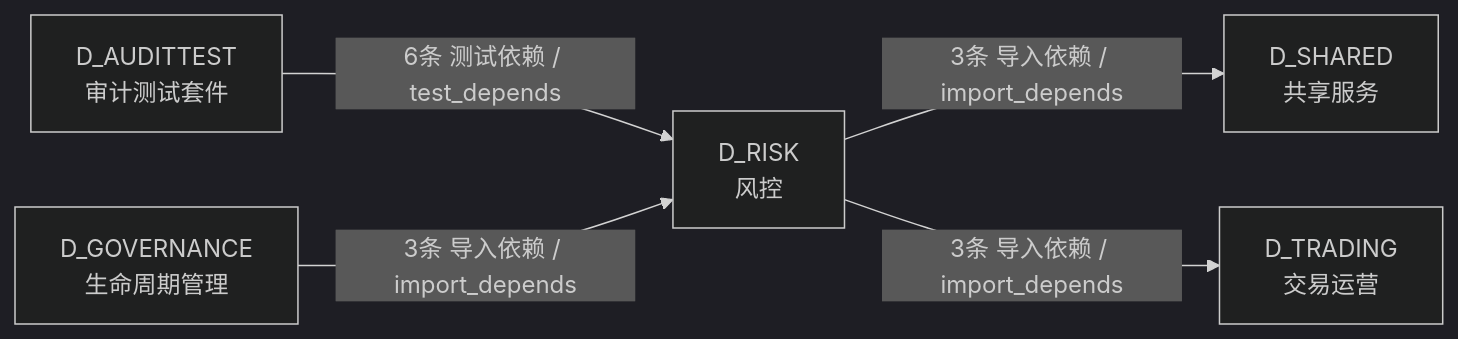
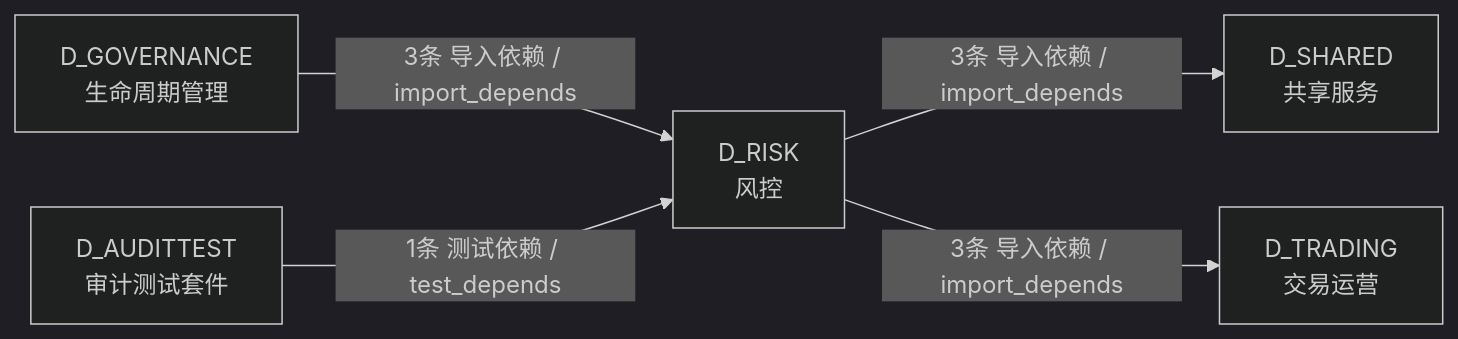
Before and after one commit to xuanFelixVan/ZephyrAlpha: the fourth of 4 diagrams in docs/02_enterprise_architecture/02_domain_architecture_docs/46_d_risk.md, drawn with Mermaid (dark theme). The commit also changed other lines of this file and 100 other files, not shown here.

````diff
--- a/docs/02_enterprise_architecture/02_domain_architecture_docs/46_d_risk.md
+++ b/docs/02_enterprise_architecture/02_domain_architecture_docs/46_d_risk.md
@@ -258,12 +258,12 @@
 ```mermaid
 graph LR
     D_RISK["D_RISK<br/>风控"]
     D_SHARED["D_SHARED<br/>共享服务"]
     D_TRADING["D_TRADING<br/>交易运营"]
+    D_GOVERNANCE["D_GOVERNANCE<br/>生命周期管理"]
     D_AUDITTEST["D_AUDITTEST<br/>审计测试套件"]
-    D_GOVERNANCE["D_GOVERNANCE<br/>生命周期管理"]
     D_RISK -->|3条 导入依赖 / import_depends| D_SHARED
     D_RISK -->|3条 导入依赖 / import_depends| D_TRADING
-    D_AUDITTEST -->|6条 测试依赖 / test_depends| D_RISK
     D_GOVERNANCE -->|3条 导入依赖 / import_depends| D_RISK
+    D_AUDITTEST -->|1条 测试依赖 / test_depends| D_RISK
 ```
````
